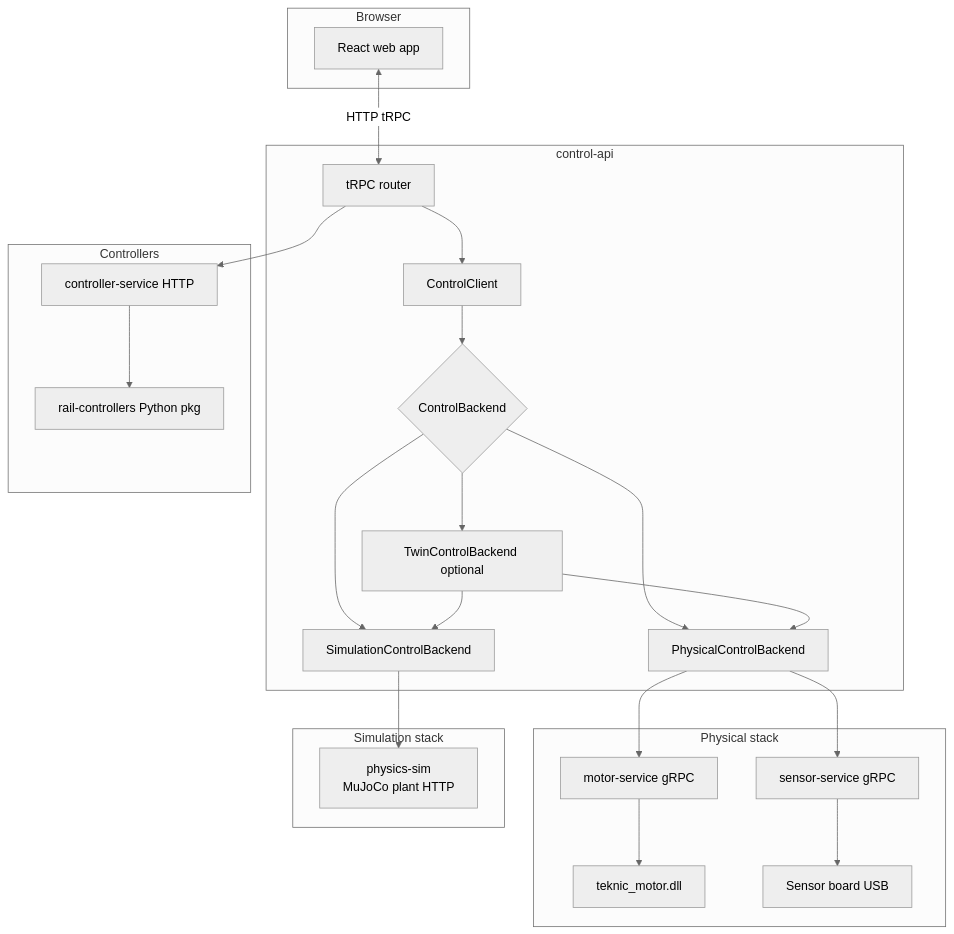
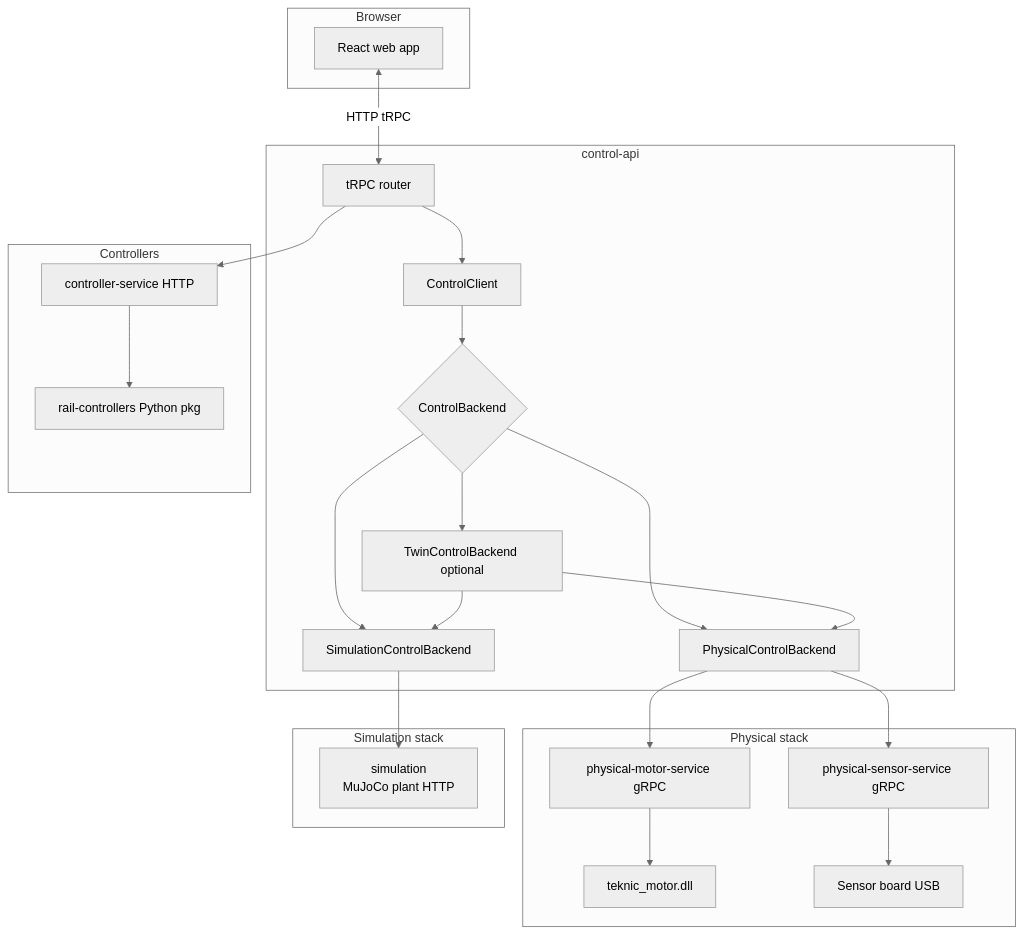
One commit to SamuelC54/real-pendulum-2 changed the first of 5 diagrams in docs/control-client-architecture.md. Above: the diagram before and after it, drawn with Mermaid (neutral theme). The commit also changed other lines of this file and 111 other files, not shown here.

First line of the commit message:
Rename apps to simulation and physical motor/sensor services.

````diff
--- a/docs/control-client-architecture.md
+++ b/docs/control-client-architecture.md
@@ -26,47 +26,47 @@
 ```mermaid
 flowchart TB
   subgraph browser [Browser]
     Web[React web app]
   end
 
   subgraph control_api [control-api]
     TRPC[tRPC router]
     CC[ControlClient]
     BE{ControlBackend}
     PB[PhysicalControlBackend]
     SB[SimulationControlBackend]
     TB[TwinControlBackend optional]
     TRPC --> CC
     CC --> BE
     BE --> PB
     BE --> SB
     BE --> TB
     TB --> PB
     TB --> SB
   end
 
   subgraph physical [Physical stack]
-    MS[motor-service gRPC]
-    SS[sensor-service gRPC]
+    MS[physical-motor-service gRPC]
+    SS[physical-sensor-service gRPC]
     DLL[teknic_motor.dll]
     ARDUINO[Sensor board USB]
     MS --> DLL
     SS --> ARDUINO
   end
 
   subgraph simulation [Simulation stack]
-    PHYS[physics-sim\nMuJoCo plant HTTP]
+    PHYS[simulation\nMuJoCo plant HTTP]
   end
 
   subgraph controllers [Controllers]
     CS[controller-service HTTP]
     RC[rail-controllers Python pkg]
     CS --> RC
   end
 
   Web <-->|HTTP tRPC| TRPC
   PB --> MS
   PB --> SS
   SB --> PHYS
   TRPC --> CS
 ```
````
